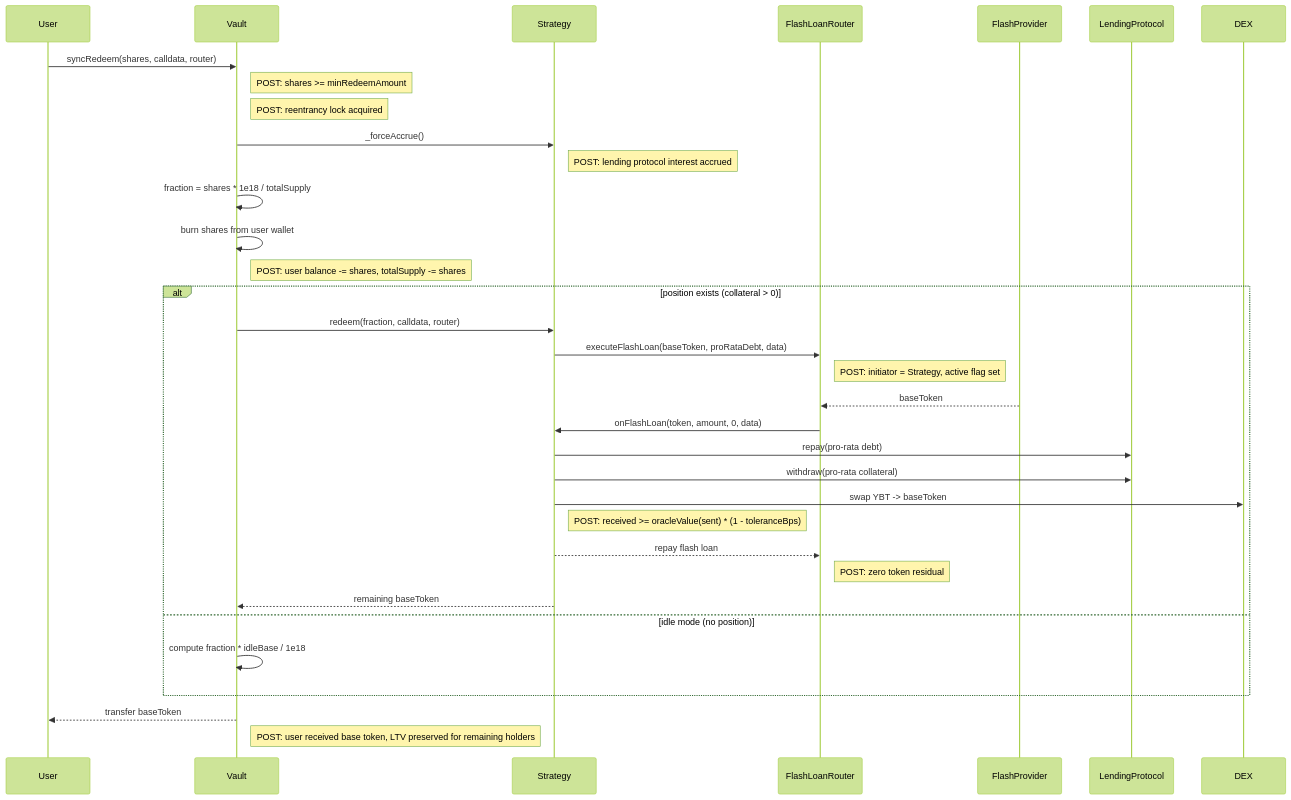
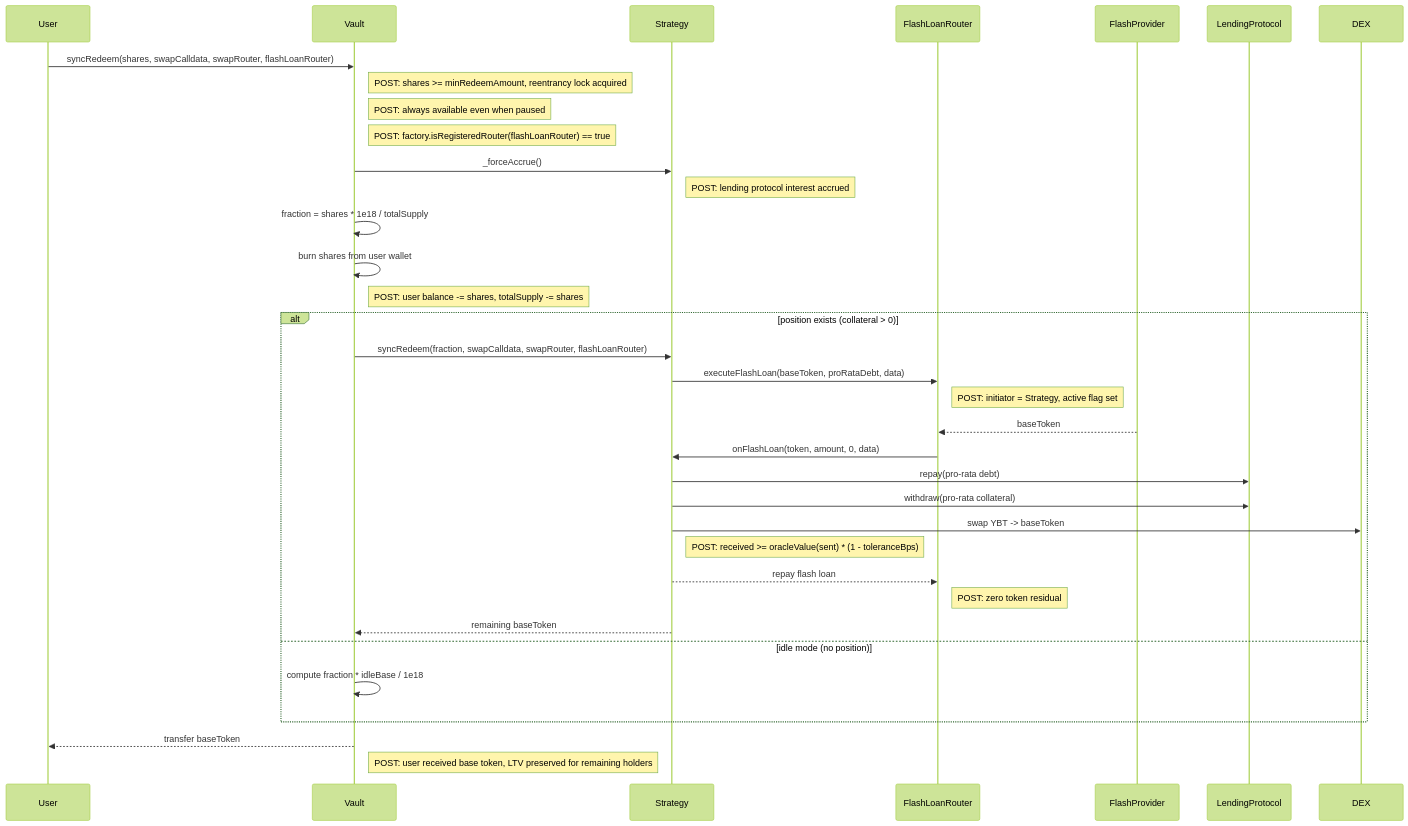
The seventh of 20 diagrams in docs/architecture/call-diagrams.md (evgenynacu/leverage-vaults), drawn with Mermaid (forest theme) before and after one commit. The commit also changed other lines of this file and 25 other files, not shown here.

````diff
--- a/docs/architecture/call-diagrams.md
+++ b/docs/architecture/call-diagrams.md
@@ -109,29 +128,30 @@
 ```mermaid
 sequenceDiagram
-    User->>Vault: syncRedeem(shares, calldata, router)
-    note right of Vault: POST: shares >= minRedeemAmount
-    note right of Vault: POST: reentrancy lock acquired
+    User->>Vault: syncRedeem(shares, swapCalldata, swapRouter, flashLoanRouter)
+    note right of Vault: POST: shares >= minRedeemAmount, reentrancy lock acquired
+    note right of Vault: POST: always available even when paused
+    note right of Vault: POST: factory.isRegisteredRouter(flashLoanRouter) == true
     Vault->>Strategy: _forceAccrue()
     note right of Strategy: POST: lending protocol interest accrued
     Vault->>Vault: fraction = shares * 1e18 / totalSupply
     Vault->>Vault: burn shares from user wallet
     note right of Vault: POST: user balance -= shares, totalSupply -= shares
     alt position exists (collateral > 0)
-        Vault->>Strategy: redeem(fraction, calldata, router)
+        Vault->>Strategy: syncRedeem(fraction, swapCalldata, swapRouter, flashLoanRouter)
         Strategy->>FlashLoanRouter: executeFlashLoan(baseToken, proRataDebt, data)
         note right of FlashLoanRouter: POST: initiator = Strategy, active flag set
         FlashProvider-->>FlashLoanRouter: baseToken
         FlashLoanRouter->>Strategy: onFlashLoan(token, amount, 0, data)
         Strategy->>LendingProtocol: repay(pro-rata debt)
         Strategy->>LendingProtocol: withdraw(pro-rata collateral)
         Strategy->>DEX: swap YBT -> baseToken
         note right of Strategy: POST: received >= oracleValue(sent) * (1 - toleranceBps)
         Strategy-->>FlashLoanRouter: repay flash loan
         note right of FlashLoanRouter: POST: zero token residual
         Strategy-->>Vault: remaining baseToken
     else idle mode (no position)
         Vault->>Vault: compute fraction * idleBase / 1e18
     end
     Vault-->>User: transfer baseToken
     note right of Vault: POST: user received base token, LTV preserved for remaining holders
 ```
````
